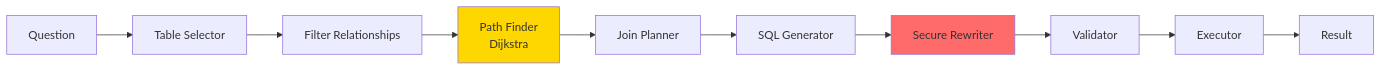
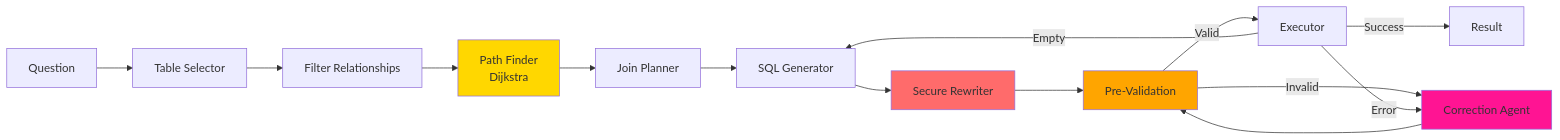
Before and after one commit to sandinosaso/advanced-ai-agent: the third of 12 diagrams in docs/ARCHITECTURE.md, drawn with Mermaid. The commit also changed other lines of this file and 3 other files, not shown here.

Commit message:
Agent with pre validation and correction of sql queries with retry

````diff
--- a/docs/ARCHITECTURE.md
+++ b/docs/ARCHITECTURE.md
@@ -81,15 +81,21 @@
 ```mermaid
 graph LR
     A[Question] --> B[Table Selector]
     B --> C[Filter Relationships]
     C --> D[Path Finder<br/>Dijkstra]
     D --> E[Join Planner]
     E --> F[SQL Generator]
     F --> G[Secure Rewriter]
-    G --> H[Validator]
-    H --> I[Executor]
-    I --> J[Result]
+    G --> H[Pre-Validation]
+    H -->|Valid| I[Executor]
+    H -->|Invalid| J[Correction Agent]
+    J --> H
+    I -->|Success| K[Result]
+    I -->|Error| J
+    I -->|Empty| F
     
     style D fill:#FFD700
     style G fill:#FF6B6B
+    style H fill:#FFA500
+    style J fill:#FF1493
 ```
````
